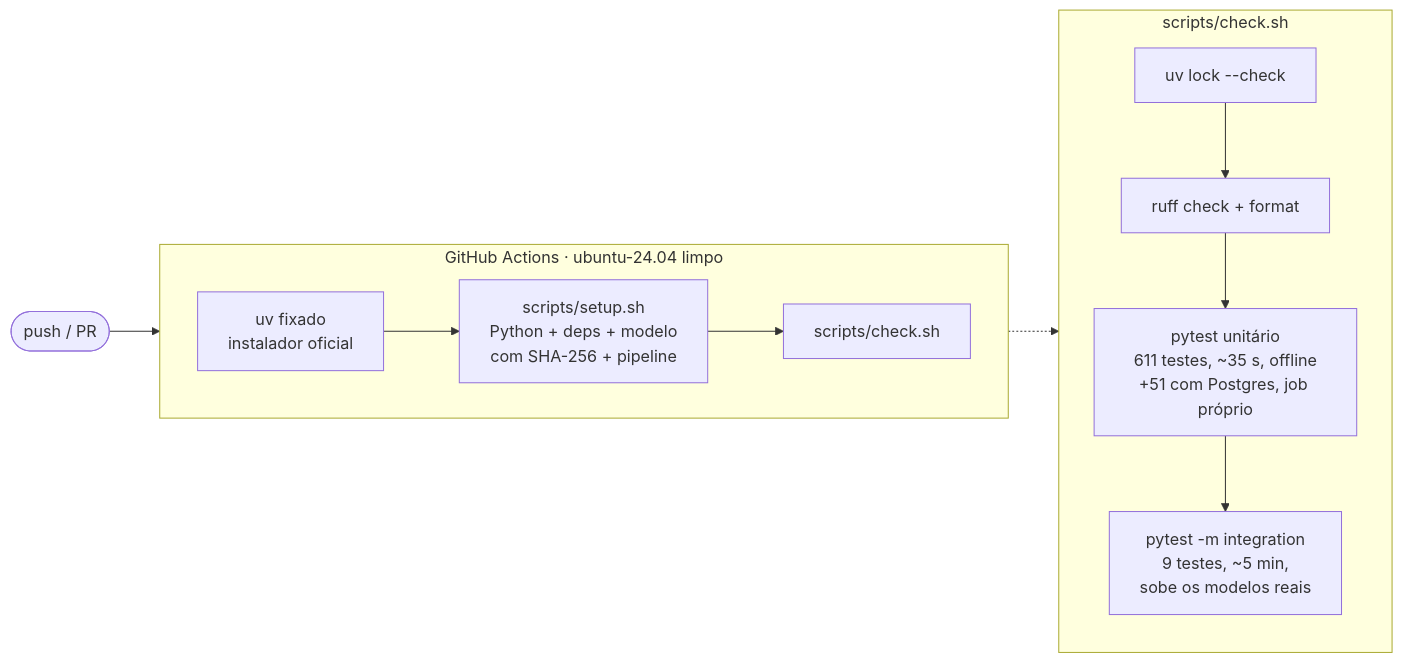
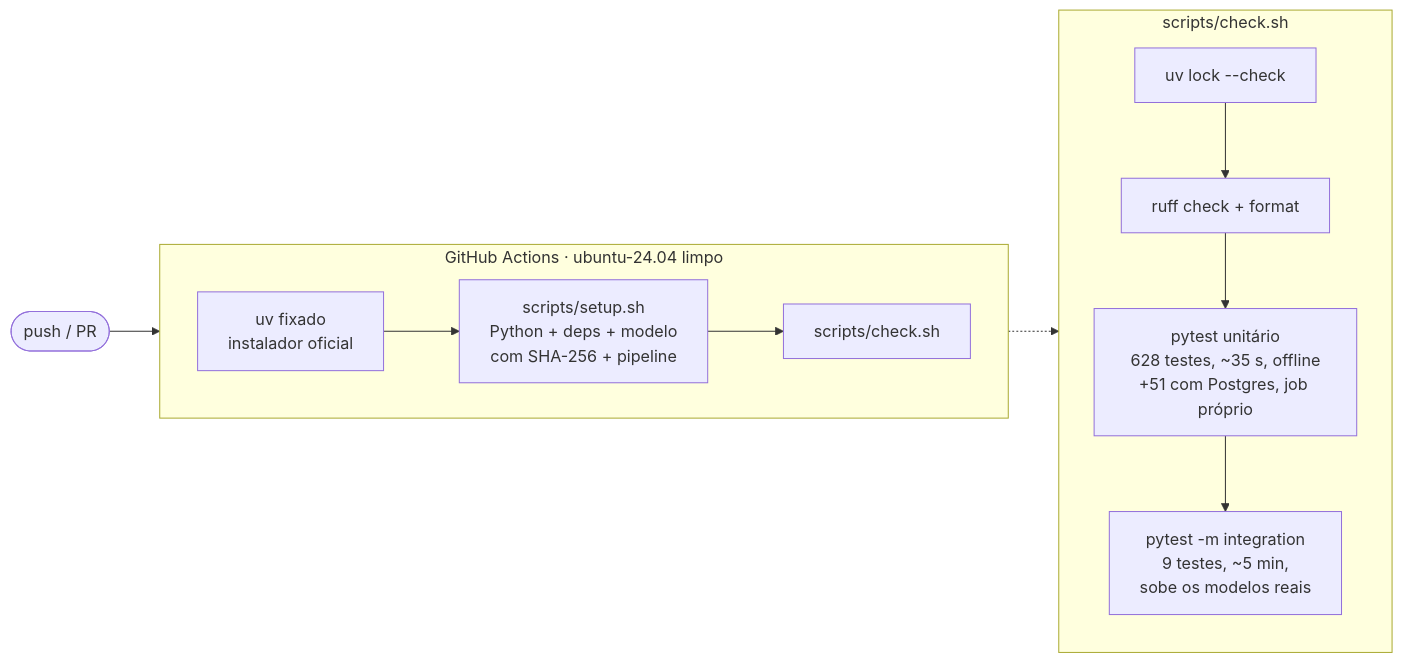
The sixth of 23 diagrams in README.md (RonildoSilva/ai-engineer-challenge), drawn with Mermaid before and after one commit. The commit also changed other lines of this file and 56 other files, not shown here.

````diff
--- a/README.md
+++ b/README.md
@@ -270,15 +276,15 @@
 ```mermaid
 flowchart LR
     P([push / PR]) --> CI
     subgraph CI[GitHub Actions · ubuntu-24.04 limpo]
         direction LR
         U[uv fixado<br/>instalador oficial] --> S[scripts/setup.sh<br/>Python + deps + modelo<br/>com SHA-256 + pipeline] --> K[scripts/check.sh]
     end
     subgraph K2[scripts/check.sh]
         direction TB
         L1[uv lock --check] --> L2[ruff check + format]
-        L2 --> L3[pytest unitário<br/>611 testes, ~35 s, offline<br/>+51 com Postgres, job próprio]
+        L2 --> L3[pytest unitário<br/>628 testes, ~35 s, offline<br/>+51 com Postgres, job próprio]
         L3 --> L4[pytest -m integration<br/>9 testes, ~5 min,<br/>sobe os modelos reais]
     end
     K -.-> K2
 ```
````
